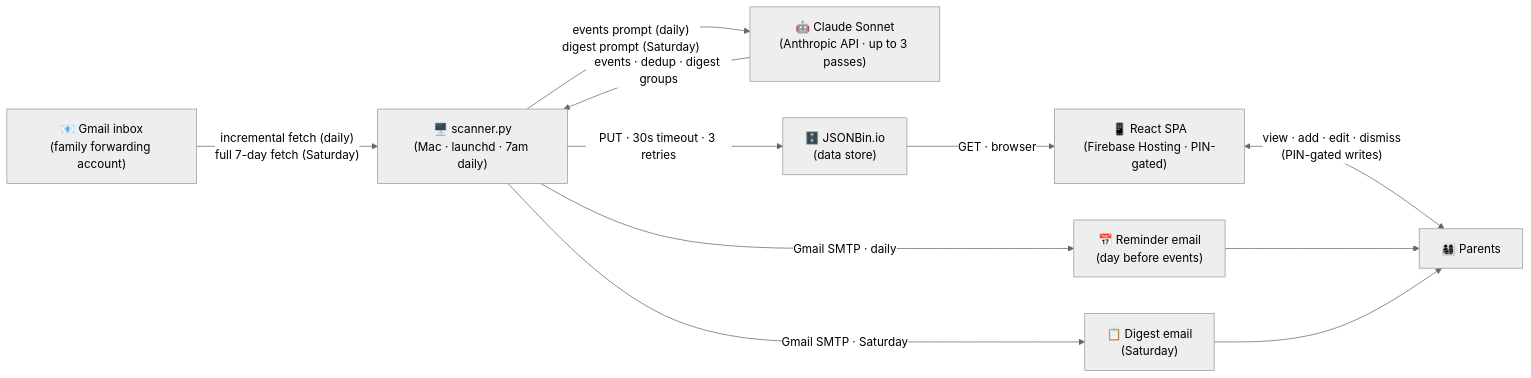
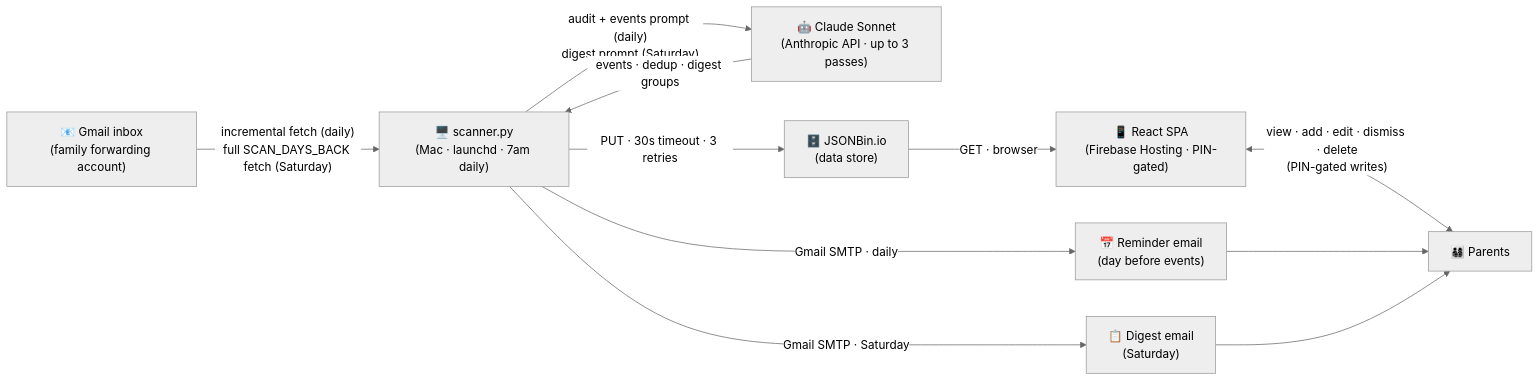
One commit to samundrud/family_inbox_digest changed the diagram in README.md. Above: the diagram before and after it, drawn with Mermaid (neutral theme). The commit also changed other lines of this file and 5 other files, not shown here.

````diff
--- a/README.md
+++ b/README.md
@@ -12,22 +12,22 @@
 ```mermaid
 flowchart LR
     Gmail["📧 Gmail inbox\n(family forwarding account)"]
     Scanner["🖥️ scanner.py\n(Mac · launchd · 7am daily)"]
     Claude["🤖 Claude Sonnet\n(Anthropic API · up to 3 passes)"]
     JSONBin["🗄️ JSONBin.io\n(data store)"]
     Frontend["📱 React SPA\n(Firebase Hosting · PIN-gated)"]
     ReminderEmail["📅 Reminder email\n(day before events)"]
     DigestEmail["📋 Digest email\n(Saturday)"]
     Parents["👨‍👩‍👧‍👦 Parents"]
 
-    Gmail -->|"incremental fetch (daily)\nfull 7-day fetch (Saturday)"| Scanner
-    Scanner -->|"events prompt (daily)\ndigest prompt (Saturday)"| Claude
+    Gmail -->|"incremental fetch (daily)\nfull SCAN_DAYS_BACK fetch (Saturday)"| Scanner
+    Scanner -->|"audit + events prompt (daily)\ndigest prompt (Saturday)"| Claude
     Claude -->|"events · dedup · digest groups"| Scanner
     Scanner -->|"PUT · 30s timeout · 3 retries"| JSONBin
     JSONBin -->|"GET · browser"| Frontend
-    Frontend <-->|"view · add · edit · dismiss\n(PIN-gated writes)"| Parents
+    Frontend <-->|"view · add · edit · dismiss · delete\n(PIN-gated writes)"| Parents
     Scanner -->|"Gmail SMTP · daily"| ReminderEmail
     Scanner -->|"Gmail SMTP · Saturday"| DigestEmail
     ReminderEmail --> Parents
     DigestEmail --> Parents
 ```
````
